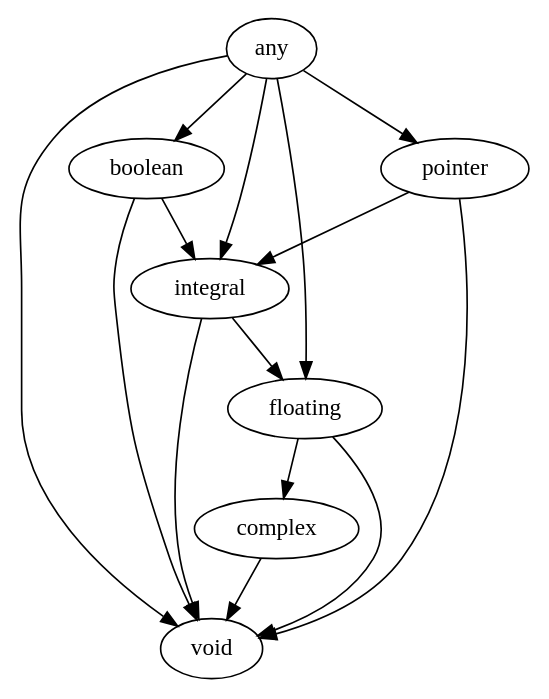
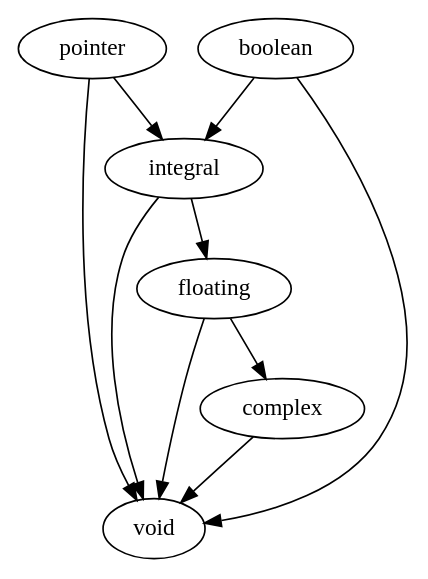
One commit to jedevc/fyp-report changed the diagram in diagrams/meta_types/graph.dot. Above: the diagram before and after it, drawn with Graphviz. The commit also changed 1 other file, not shown here.

```diff
--- a/diagrams/meta_types/graph.dot
+++ b/diagrams/meta_types/graph.dot
@@ -1,21 +1,21 @@
 digraph AST {
-    any -> void;
-    any -> boolean;
-    any -> integral;
-    any -> pointer;
-    any -> floating;
+    // any -> void;
+    // any -> boolean;
+    // any -> integral;
+    // any -> pointer;
+    // any -> floating;
 
     pointer -> void;
     pointer -> integral;
 
     integral -> void;
     integral -> floating;
 
     boolean -> void;
     boolean -> integral;
 
     floating -> void;
     floating -> complex;
 
     complex -> void;
 }
```
